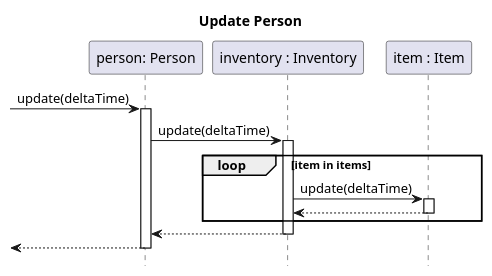
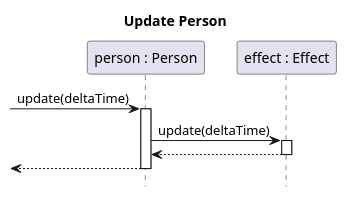
Before and after one commit to sn4k3ch4rm3r/logarlec: the diagram in docs/diagrams/sequence/person-update.puml, drawn with PlantUML. The commit also changed 9 other files, not shown here.

```diff
--- a/docs/diagrams/sequence/person-update.puml
+++ b/docs/diagrams/sequence/person-update.puml
@@ -1,21 +1,14 @@
-@startuml
-'https://plantuml.com/sequence-diagram
+@startuml person-update
 
 title Update Person
 hide footbox
-autoactivate on
 
-participant "person: Person" as person
-participant "inventory : Inventory" as inventory
-participant "item : Item" as item
+participant "person : Person" as person
+participant "effect : Effect" as effect
 
-[-> person : update(deltaTime)
-    person -> inventory : update(deltaTime)
-        loop item in items
-            inventory -> item : update(deltaTime)
-            return
-        end
+[-> person ++: update(deltaTime)
+    person -> effect ++: update(deltaTime)
     return
 return
 
 @enduml
```
